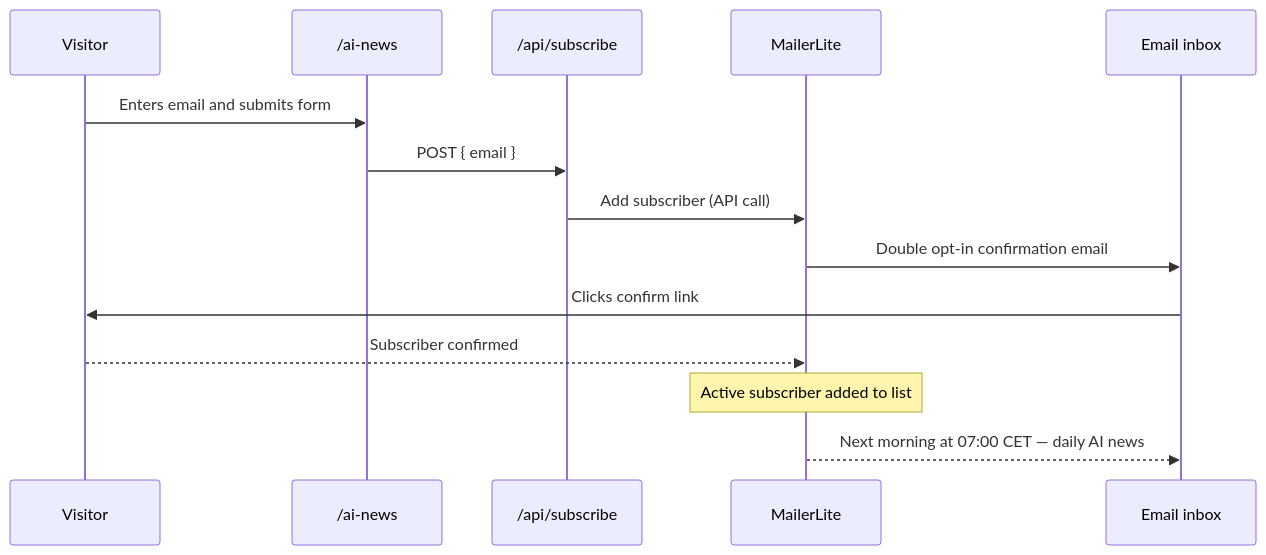
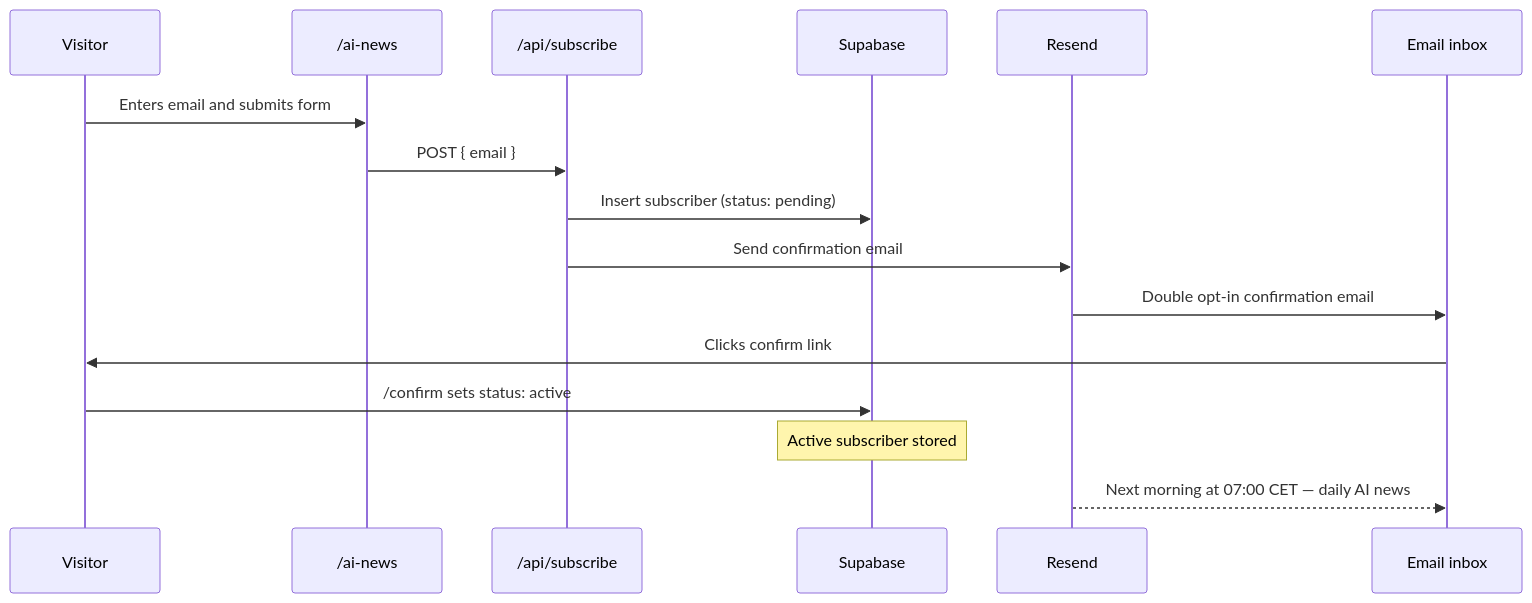
One commit to Marco-Lundh/marcolundh changed the third of 3 diagrams in README.md. Above: the diagram before and after it, drawn with Mermaid. The commit also changed other lines of this file and 17 other files, not shown here.

First line of the commit message:
feat: migrate newsletter from MailerLite to Resend + Supabase

````diff
--- a/README.md
+++ b/README.md
@@ -66,17 +68,19 @@
 ```mermaid
 sequenceDiagram
     participant V as Visitor
     participant S as /ai-news
     participant A as /api/subscribe
-    participant M as MailerLite
+    participant DB as Supabase
+    participant R as Resend
     participant E as Email inbox
 
     V->>S: Enters email and submits form
     S->>A: POST { email }
-    A->>M: Add subscriber (API call)
-    M->>E: Double opt-in confirmation email
+    A->>DB: Insert subscriber (status: pending)
+    A->>R: Send confirmation email
+    R->>E: Double opt-in confirmation email
     E->>V: Clicks confirm link
-    V-->>M: Subscriber confirmed
-    Note over M: Active subscriber added to list
-    M-->>E: Next morning at 07:00 CET — daily AI news
+    V->>DB: /confirm sets status: active
+    Note over DB: Active subscriber stored
+    R-->>E: Next morning at 07:00 CET — daily AI news
 ```
````
